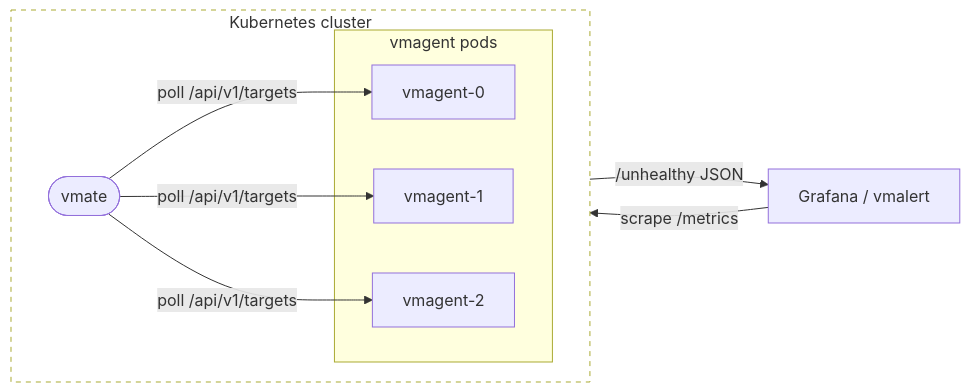
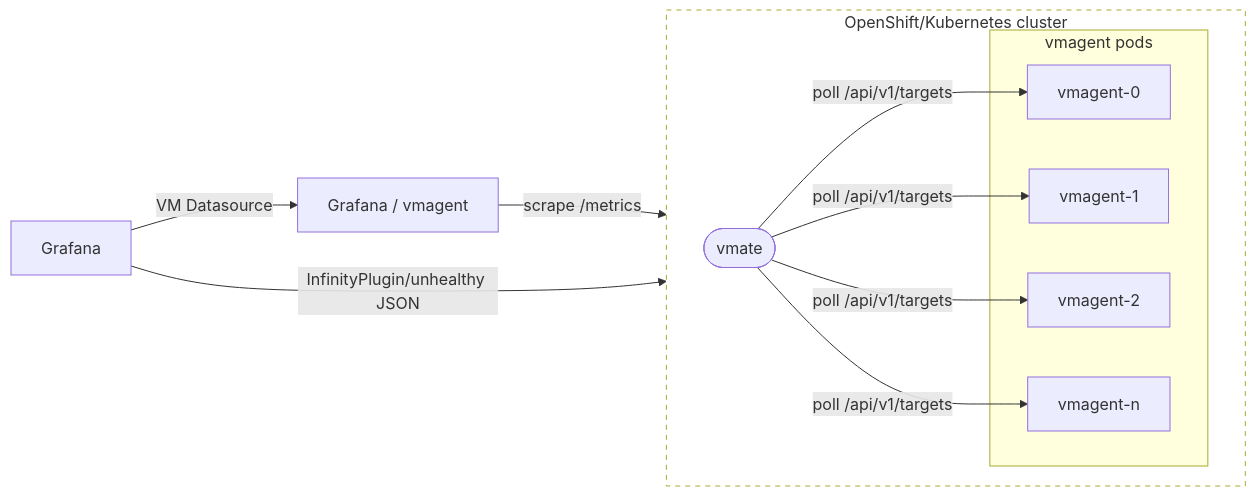
The diagram in README.md (zebbra/vmate), drawn with Mermaid before and after one commit. The commit also changed other lines of this file and 3 other files, not shown here.

````diff
--- a/README.md
+++ b/README.md
@@ -7,22 +7,26 @@
 ```mermaid
 flowchart LR
-    grafana["Grafana / vmalert"]
+    grafana["Grafana"]
+    vm["Grafana / vmagent"]
 
-    subgraph k8s["Kubernetes cluster"]
+    subgraph k8s["OpenShift/Kubernetes cluster"]
         direction LR
         vmate(["vmate"])
         subgraph agents["vmagent pods"]
             va1["vmagent-0"]
             va2["vmagent-1"]
             va3["vmagent-2"]
+            va4["vmagent-n"]
         end
         vmate -->|"poll /api/v1/targets"| va1
         vmate -->|"poll /api/v1/targets"| va2
         vmate -->|"poll /api/v1/targets"| va3
+        vmate -->|"poll /api/v1/targets"| va4
     end
 
-    grafana -->|"scrape /metrics"| vmate
-    vmate -->|"/unhealthy JSON"| grafana
+    grafana -->|"VM Datasource"| vm
+    vm -->|"scrape /metrics"| vmate
+    grafana -->|"InfinityPlugin/unhealthy JSON"| vmate
 
     style k8s stroke-dasharray: 5 5, fill: none
 ```
````
